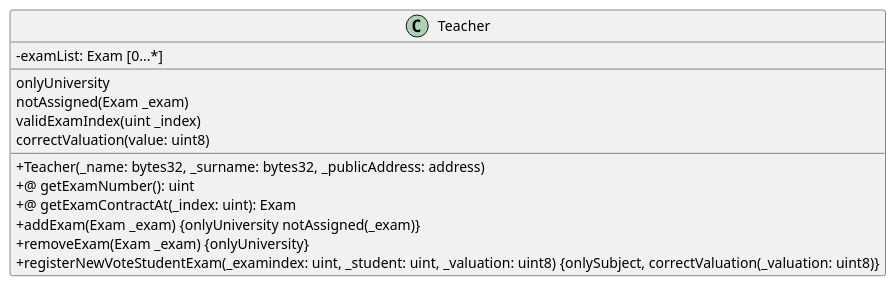
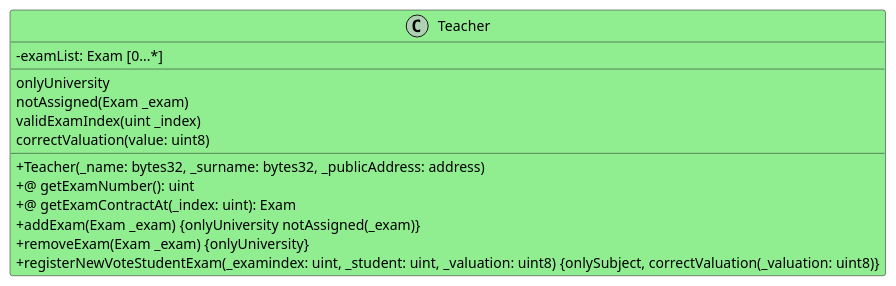
The diagram in Solidity/Contracts/Teacher.iuml (M9k/Marvin-Uml), drawn with PlantUML before and after one commit. The commit also changed 9 other files, not shown here.

```diff
--- a/Solidity/Contracts/Teacher.iuml
+++ b/Solidity/Contracts/Teacher.iuml
@@ -1,18 +1,18 @@
 @startuml
 skinparam classAttributeIconSize 0
-class Teacher {
+class Teacher #LightGreen {
 - examList: Exam [0...*]
 __
 onlyUniversity
 notAssigned(Exam _exam)
 validExamIndex(uint _index)
 correctValuation(value: uint8)
 __
 + Teacher(_name: bytes32, _surname: bytes32, _publicAddress: address)
 +@ getExamNumber(): uint
 +@ getExamContractAt(_index: uint): Exam
 + addExam(Exam _exam) {onlyUniversity notAssigned(_exam)}
 + removeExam(Exam _exam) {onlyUniversity}
 + registerNewVoteStudentExam(_examindex: uint, _student: uint, _valuation: uint8) {onlySubject, correctValuation(_valuation: uint8)}
 }
 @enduml
```
